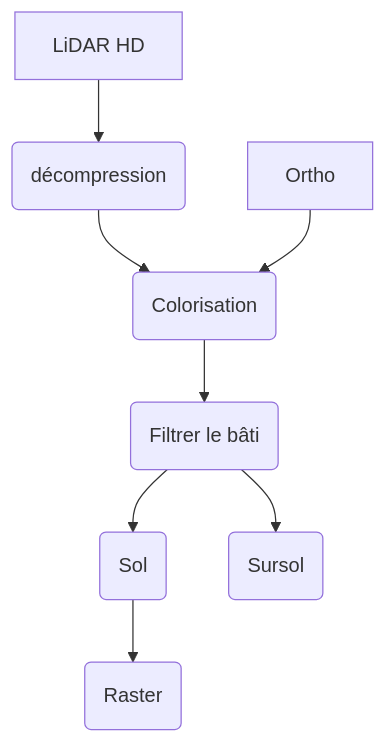
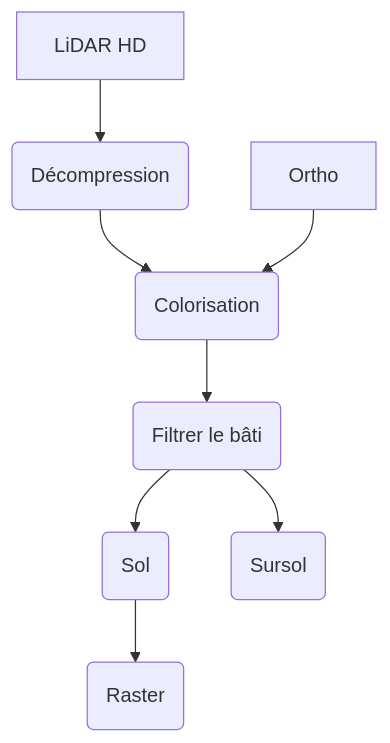
Before and after one commit to geotribu/website: the diagram in content/articles/2024/2024-06-24_lidar_hd_avec_pdal.md, drawn with Mermaid. The commit also changed other lines of this file, not shown here.

````diff
--- a/content/articles/2024/2024-06-24_lidar_hd_avec_pdal.md
+++ b/content/articles/2024/2024-06-24_lidar_hd_avec_pdal.md
@@ -55,10 +55,10 @@
 ```mermaid
 graph TD
-    A[LiDAR HD] -->G(décompression)
+    A[LiDAR HD] -->G(Décompression)
     G --> C(Colorisation)
     B[Ortho] --> C
     C --> R(Filtrer le bâti)
     R --> D(Sol)
     R --> E(Sursol)
     D --> F(Raster)
 ```
````
